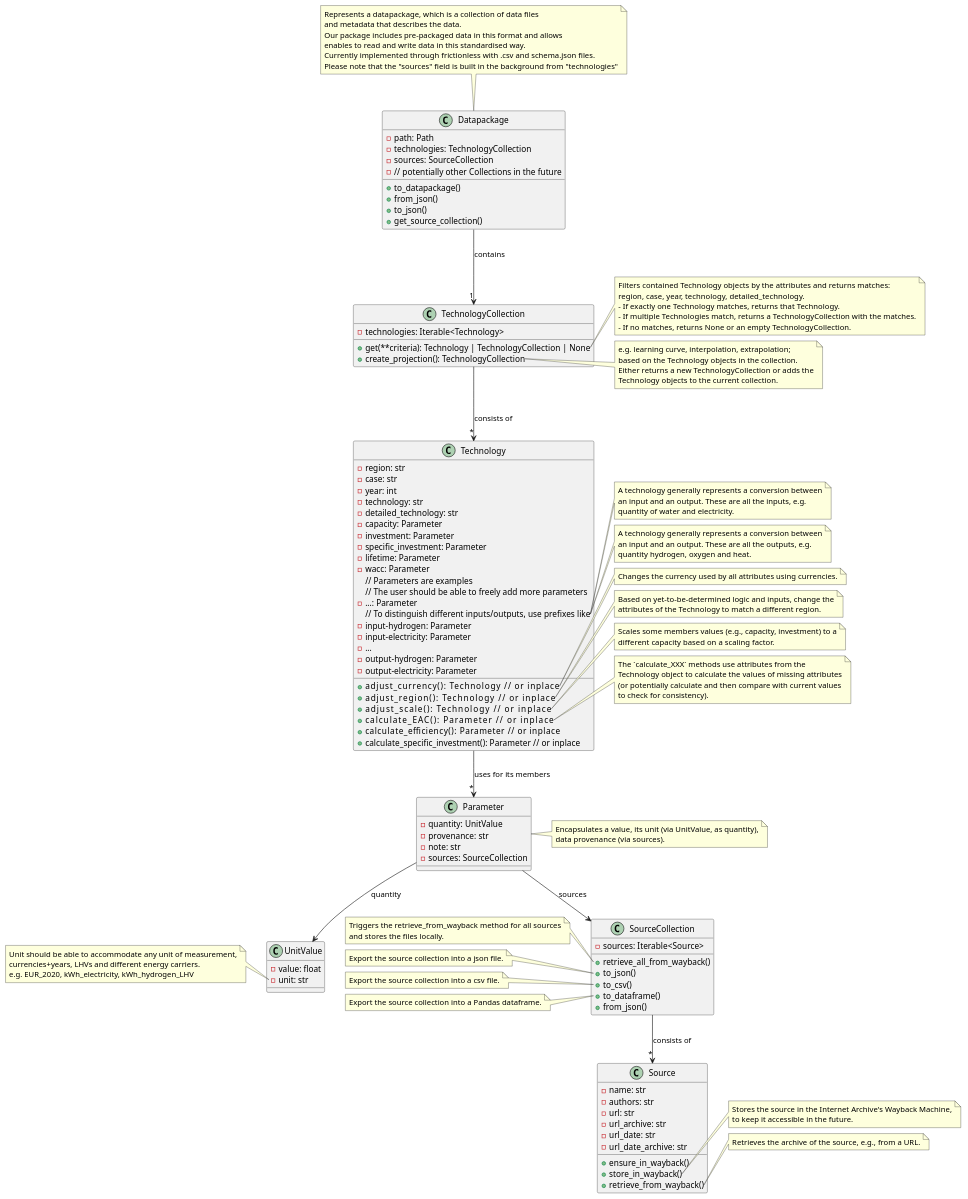
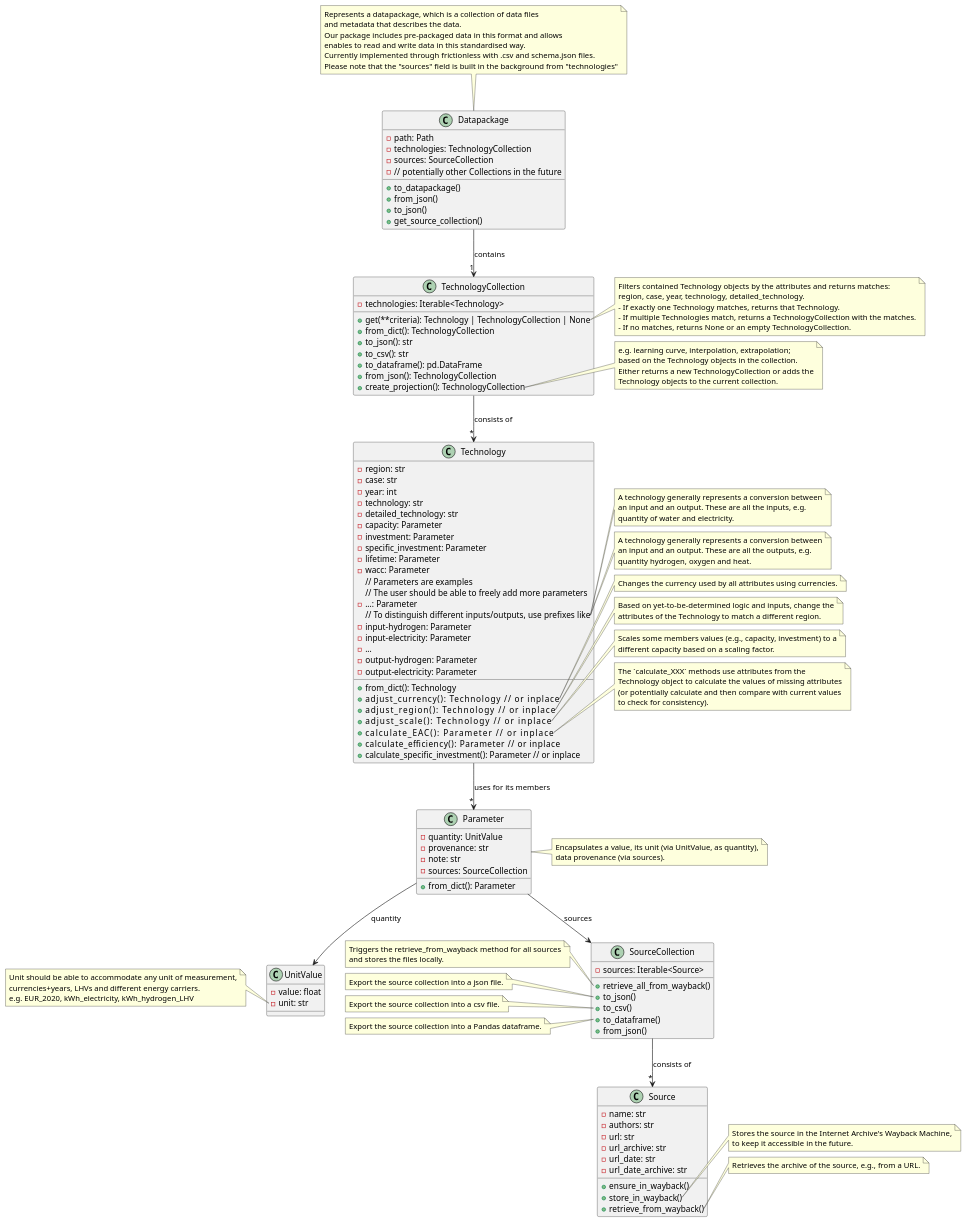
One commit to open-energy-transition/technology-data changed the diagram in docs/class-diagram.puml. Above: the diagram before and after it, drawn with PlantUML. The commit also changed 1 other file, not shown here.

```diff
--- a/docs/class-diagram.puml
+++ b/docs/class-diagram.puml
@@ -42,6 +42,7 @@
   - provenance: str
   - note: str
   - sources: SourceCollection
+  + from_dict(): Parameter
 }
 
 Parameter --> UnitValue : quantity
@@ -72,6 +73,7 @@
   - output-hydrogen: Parameter
   - output-electricity: Parameter
 
+  + from_dict(): Technology
   + adjust_currency(): Technology               // or inplace
   + adjust_region(): Technology                 // or inplace
   + adjust_scale(): Technology                  // or inplace
@@ -116,6 +118,11 @@
 class TechnologyCollection {
   - technologies: Iterable<Technology>
   + get(**criteria): Technology | TechnologyCollection | None
+  + from_dict(): TechnologyCollection
+  + to_json(): str
+  + to_csv(): str
+  + to_dataframe(): pd.DataFrame
+  + from_json(): TechnologyCollection
   + create_projection(): TechnologyCollection
   ' TODO: Think about more methods here
 }
```
